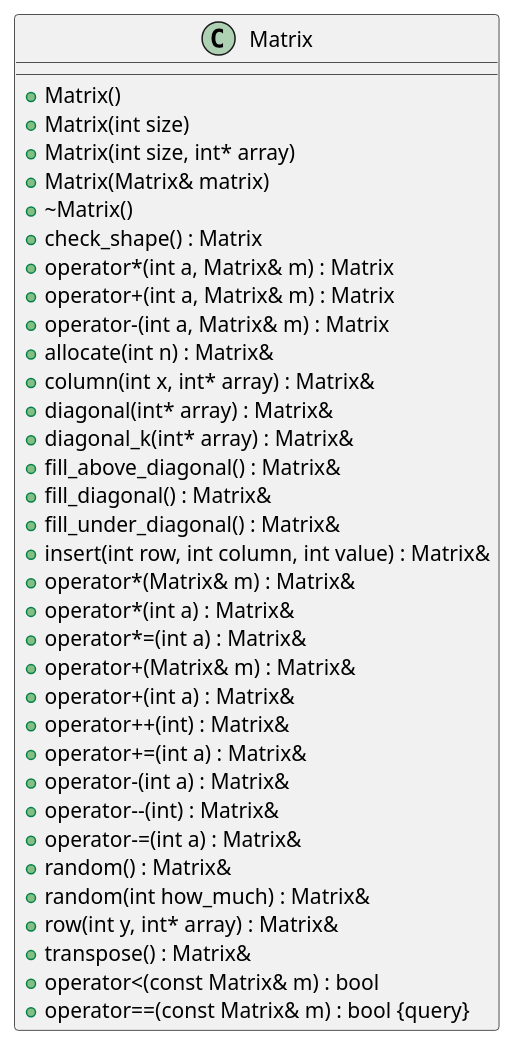
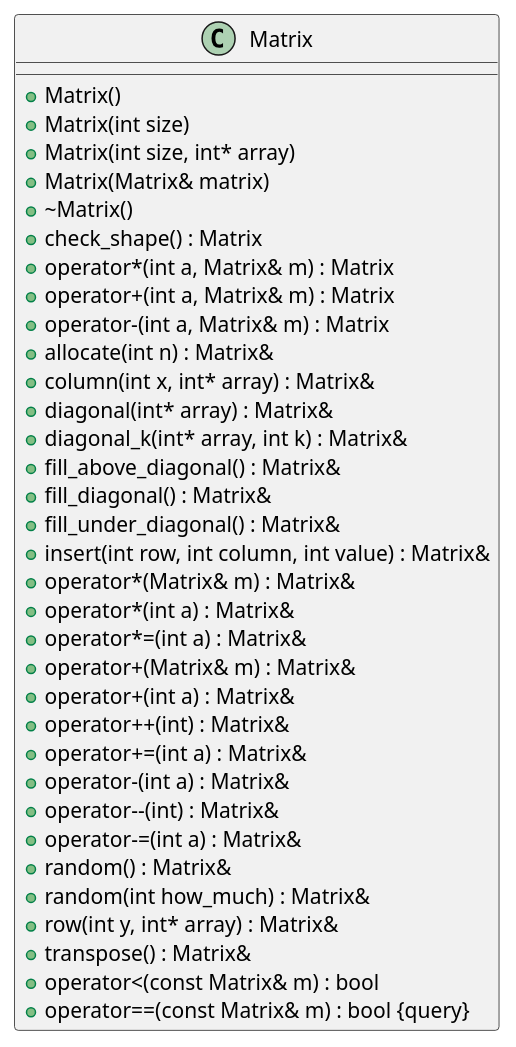
Before and after one commit to MaciejWojs/Matrix: the diagram in inline_umlgraph_pnghtml.pu, drawn with PlantUML. The commit also changed 15 other files, not shown here.

```diff
--- a/inline_umlgraph_pnghtml.pu
+++ b/inline_umlgraph_pnghtml.pu
@@ -1,38 +1,38 @@
 @startuml inline_umlgraph_1.png
 class Matrix {
 +Matrix()
 +Matrix(int size)
 +Matrix(int size, int* array)
 +Matrix(Matrix& matrix)
 +~Matrix()
 +check_shape() : Matrix
 +operator*(int a, Matrix& m) : Matrix
 +operator+(int a, Matrix& m) : Matrix
 +operator-(int a, Matrix& m) : Matrix
 +allocate(int n) : Matrix&
 +column(int x, int* array) : Matrix&
 +diagonal(int* array) : Matrix&
-+diagonal_k(int* array) : Matrix&
++diagonal_k(int* array, int k) : Matrix&
 +fill_above_diagonal() : Matrix&
 +fill_diagonal() : Matrix&
 +fill_under_diagonal() : Matrix&
 +insert(int row, int column, int value) : Matrix&
 +operator*(Matrix& m) : Matrix&
 +operator*(int a) : Matrix&
 +operator*=(int a) : Matrix&
 +operator+(Matrix& m) : Matrix&
 +operator+(int a) : Matrix&
 +operator++(int) : Matrix&
 +operator+=(int a) : Matrix&
 +operator-(int a) : Matrix&
 +operator--(int) : Matrix&
 +operator-=(int a) : Matrix&
 +random() : Matrix&
 +random(int how_much) : Matrix&
 +row(int y, int* array) : Matrix&
 +transpose() : Matrix&
 +operator<(const Matrix& m) : bool
 +operator==(const Matrix& m) : bool {query}
 
 }
 @enduml
```
